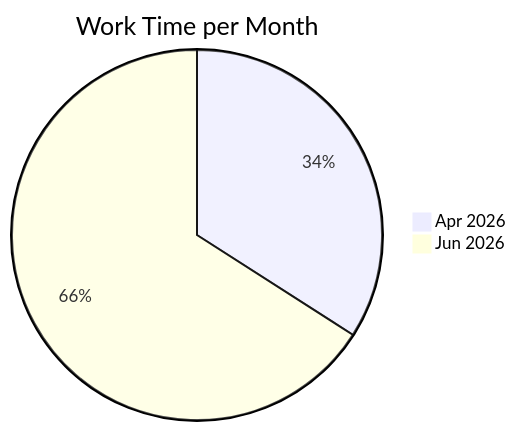
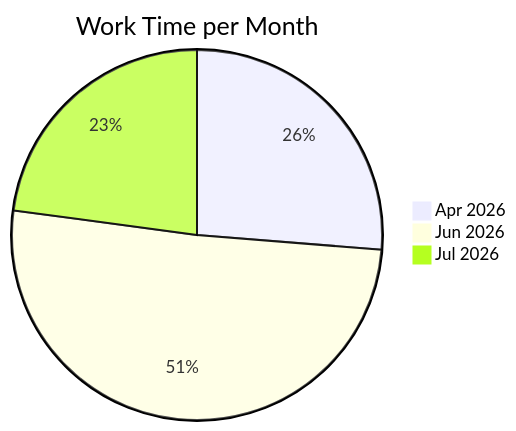
Before and after one commit to notWetro/time-tracker: the diagram in README.md, drawn with Mermaid. The commit also changed other lines of this file and 1 other file, not shown here.

Commit message:
updated worktime

````diff
--- a/README.md
+++ b/README.md
@@ -10,6 +11,7 @@
 ```mermaid
 pie
     title Work Time per Month
     "Apr 2026" : 3.1
     "Jun 2026" : 6.0
+    "Jul 2026" : 2.7
 ```
````
